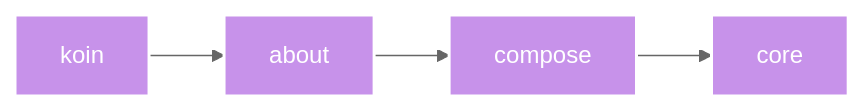
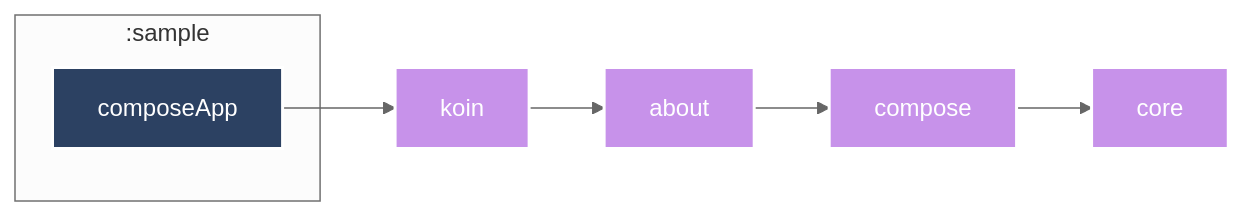
Before and after one commit to yasanglass/toolkit: the diagram in kotlin-multiplatform/README.md, drawn with Mermaid. The commit also changed 1 other file, not shown here.

Commit message:
Update iurysouza-modulegraph to 0.13.0 & regenerate

````diff
--- a/kotlin-multiplatform/README.md
+++ b/kotlin-multiplatform/README.md
@@ -3,26 +3,33 @@
 ```mermaid
 %%{
   init: {
     'theme': 'neutral'
   }
 }%%
 
 graph LR
   :about["about"]
   :compose["compose"]
   :compose["compose"]
   :core["core"]
   :koin["koin"]
   :about["about"]
+  :koin["koin"]
+  subgraph :sample
+    :sample:composeApp["composeApp"]
+  end
 
   :about --> :compose
   :compose --> :core
   :koin --> :about
+  :sample:composeApp --> :koin
 
 classDef kotlin-multiplatform fill:#C792EA,stroke:#fff,stroke-width:2px,color:#fff;
+classDef android-application fill:#2C4162,stroke:#fff,stroke-width:2px,color:#fff;
 class :about kotlin-multiplatform
 class :compose kotlin-multiplatform
 class :core kotlin-multiplatform
 class :koin kotlin-multiplatform
+class :sample:composeApp android-application
 
 ```
````
